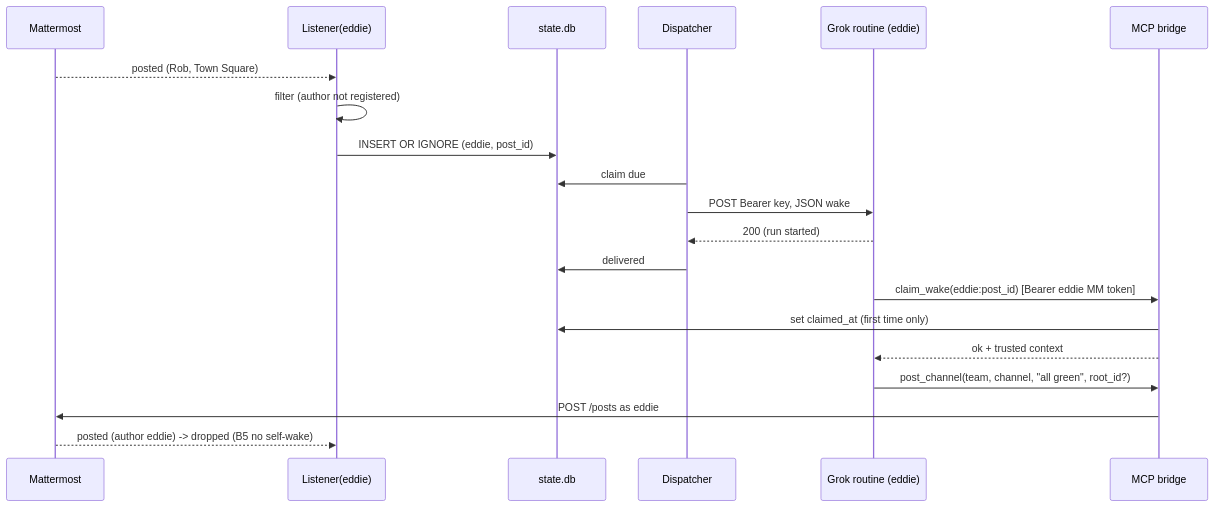
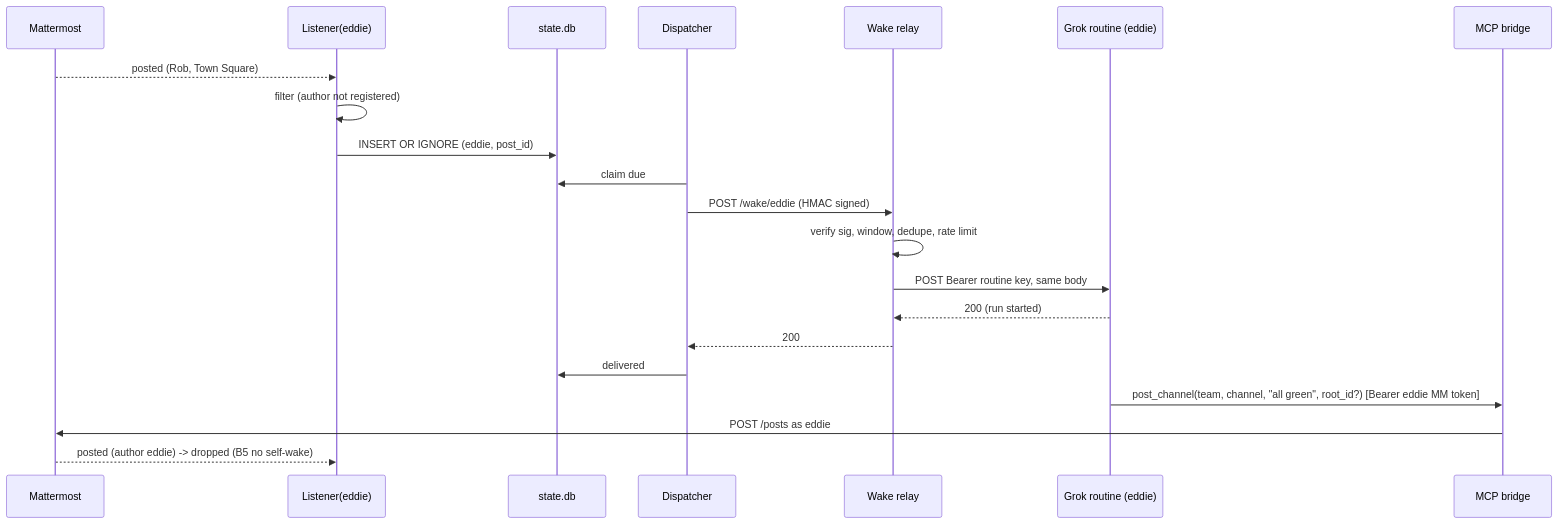
Before and after one commit to rowama/mmbridge: the second of 2 diagrams in docs/architecture/2026-10-28-grok-webhook-multibot.md, drawn with Mermaid. The commit also changed other lines of this file and 8 other files, not shown here.

Commit message:
docs(architecture): revise increment B - HMAC wakes + HMAC->Bearer relay (ADR-0011), reject claim_wake (ADR-0012); CP-B pending

````diff
--- a/docs/architecture/2026-10-28-grok-webhook-multibot.md
+++ b/docs/architecture/2026-10-28-grok-webhook-multibot.md
@@ -96,22 +107,23 @@
 ```mermaid
 sequenceDiagram
   participant MM as Mattermost
   participant L as Listener(eddie)
   participant DB as state.db
   participant D as Dispatcher
+  participant RL as Wake relay
   participant G as Grok routine (eddie)
   participant B as MCP bridge
   MM-->>L: posted (Rob, Town Square)
   L->>L: filter (author not registered)
   L->>DB: INSERT OR IGNORE (eddie, post_id)
   D->>DB: claim due
-  D->>G: POST Bearer key, JSON wake
-  G-->>D: 200 (run started)
+  D->>RL: POST /wake/eddie (HMAC signed)
+  RL->>RL: verify sig, window, dedupe, rate limit
+  RL->>G: POST Bearer routine key, same body
+  G-->>RL: 200 (run started)
+  RL-->>D: 200
   D->>DB: delivered
-  G->>B: claim_wake(eddie:post_id) [Bearer eddie MM token]
-  B->>DB: set claimed_at (first time only)
-  B-->>G: ok + trusted context
-  G->>B: post_channel(team, channel, "all green", root_id?)
+  G->>B: post_channel(team, channel, "all green", root_id?) [Bearer eddie MM token]
   B->>MM: POST /posts as eddie
   MM-->>L: posted (author eddie) -> dropped (B5 no self-wake)
 ```
````
